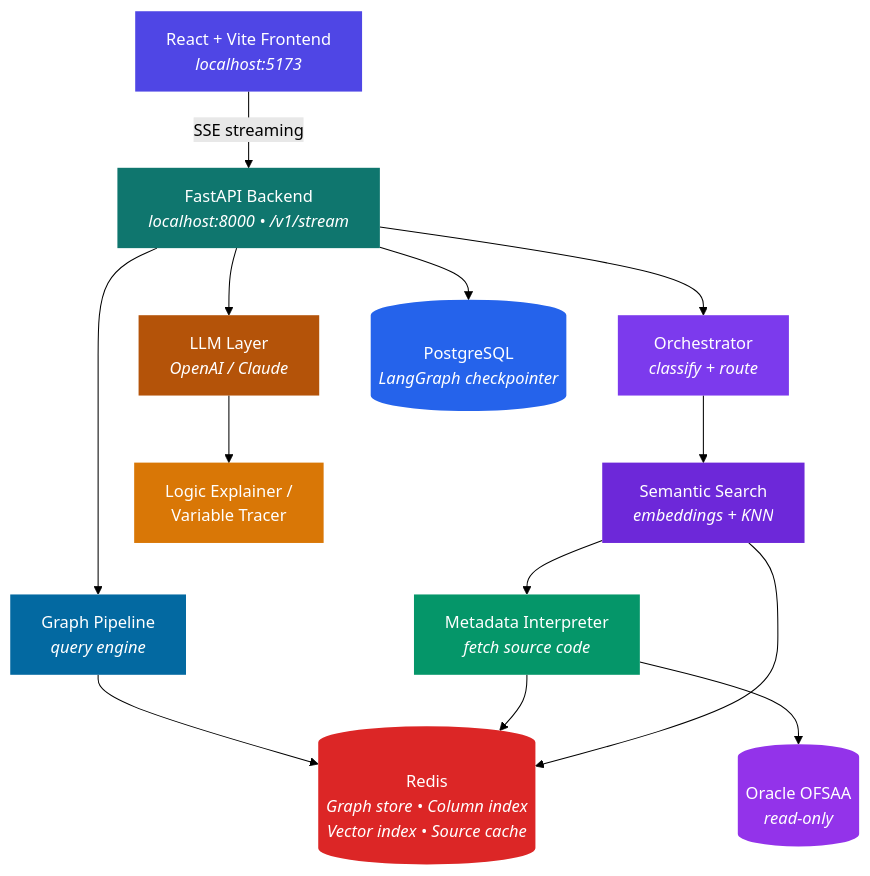
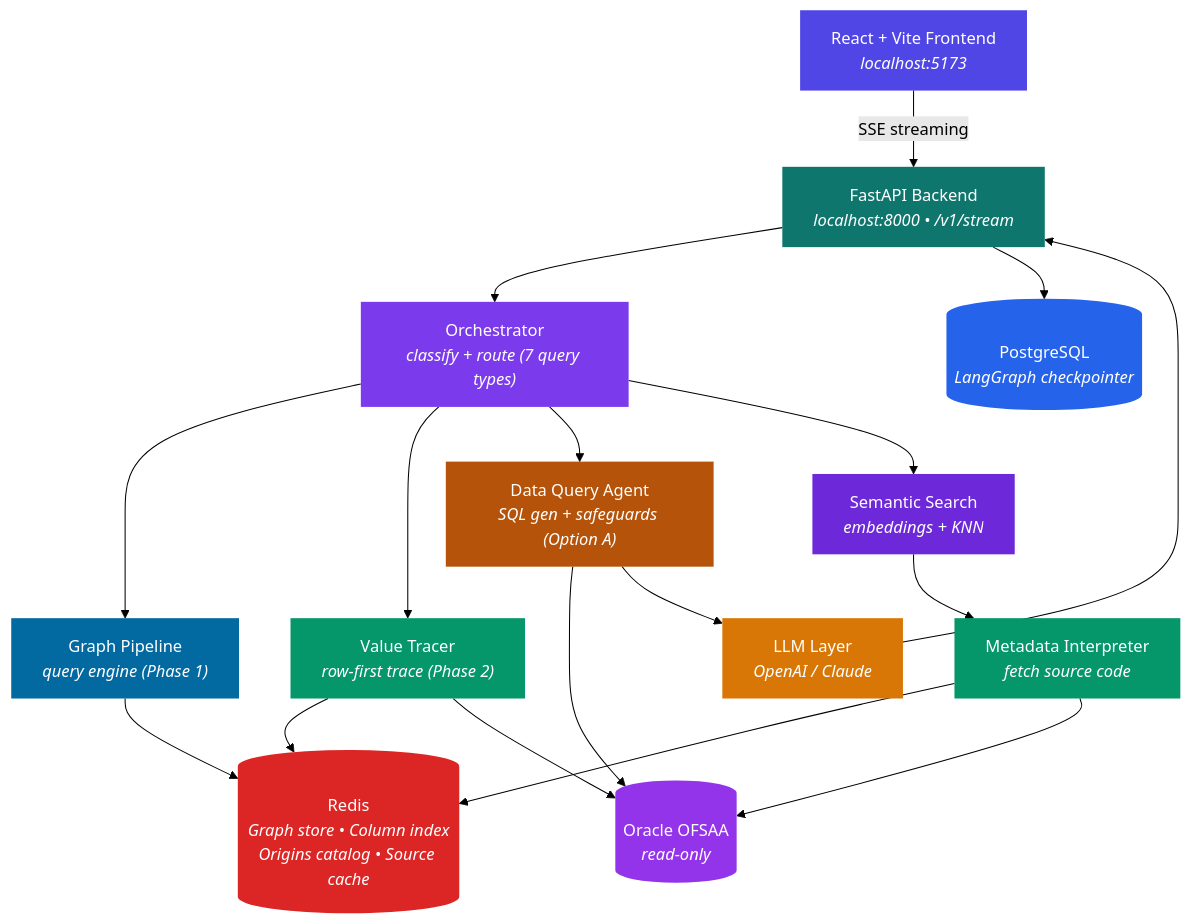
One commit to toheed-techlogix/R-TIE changed the first of 8 diagrams in README.md. Above: the diagram before and after it, drawn with Mermaid (forest theme). The commit also changed other lines of this file, not shown here.

First line of the commit message:
docs: update README to cover value trace, data query, and time-series

````diff
--- a/README.md
+++ b/README.md
@@ -171,39 +192,45 @@
 ```mermaid
 graph TB
     UI["React + Vite Frontend<br/><i>localhost:5173</i>"]
     API["FastAPI Backend<br/><i>localhost:8000 &bull; /v1/stream</i>"]
-    ORC["Orchestrator<br/><i>classify + route</i>"]
-    GP["Graph Pipeline<br/><i>query engine</i>"]
+    ORC["Orchestrator<br/><i>classify + route (7 query types)</i>"]
+    GP["Graph Pipeline<br/><i>query engine (Phase 1)</i>"]
+    VT["Value Tracer<br/><i>row-first trace (Phase 2)</i>"]
+    DQ["Data Query Agent<br/><i>SQL gen + safeguards (Option A)</i>"]
     LLM["LLM Layer<br/><i>OpenAI / Claude</i>"]
     SS["Semantic Search<br/><i>embeddings + KNN</i>"]
     MI["Metadata Interpreter<br/><i>fetch source code</i>"]
-    LE["Logic Explainer /<br/>Variable Tracer"]
-    REDIS[("Redis<br/><i>Graph store &bull; Column index<br/>Vector index &bull; Source cache</i>")]
+    REDIS[("Redis<br/><i>Graph store &bull; Column index<br/>Origins catalog &bull; Source cache</i>")]
     PG[("PostgreSQL<br/><i>LangGraph checkpointer</i>")]
     ORACLE[("Oracle OFSAA<br/><i>read-only</i>")]
 
     UI -- "SSE streaming" --> API
     API --> ORC
-    API --> GP
-    API --> LLM
+    ORC --> GP
+    ORC --> VT
+    ORC --> DQ
     ORC --> SS
     SS --> MI
     GP --> REDIS
-    LLM --> LE
+    VT --> REDIS
+    VT --> ORACLE
+    DQ --> ORACLE
+    DQ --> LLM
+    LLM --> API
     MI --> REDIS
     MI --> ORACLE
-    SS --> REDIS
     API --> PG
 
     style UI fill:#4f46e5,color:#fff,stroke:none
     style API fill:#0f766e,color:#fff,stroke:none
     style ORC fill:#7c3aed,color:#fff,stroke:none
     style GP fill:#0369a1,color:#fff,stroke:none
-    style LLM fill:#b45309,color:#fff,stroke:none
+    style VT fill:#059669,color:#fff,stroke:none
+    style DQ fill:#b45309,color:#fff,stroke:none
+    style LLM fill:#d97706,color:#fff,stroke:none
     style SS fill:#6d28d9,color:#fff,stroke:none
     style MI fill:#059669,color:#fff,stroke:none
-    style LE fill:#d97706,color:#fff,stroke:none
     style REDIS fill:#dc2626,color:#fff,stroke:none
     style PG fill:#2563eb,color:#fff,stroke:none
     style ORACLE fill:#9333ea,color:#fff,stroke:none
 ```
````
